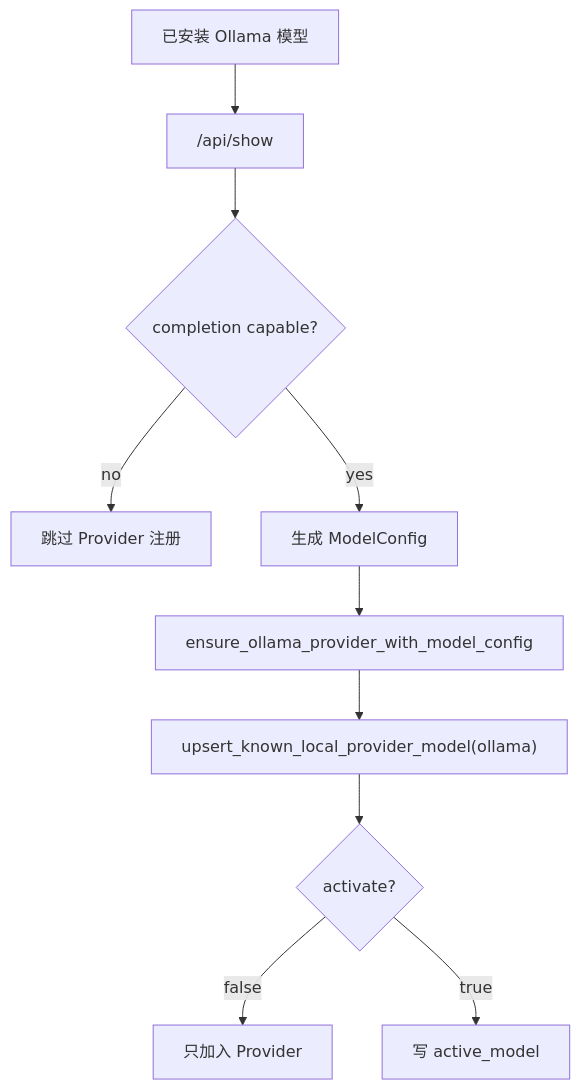
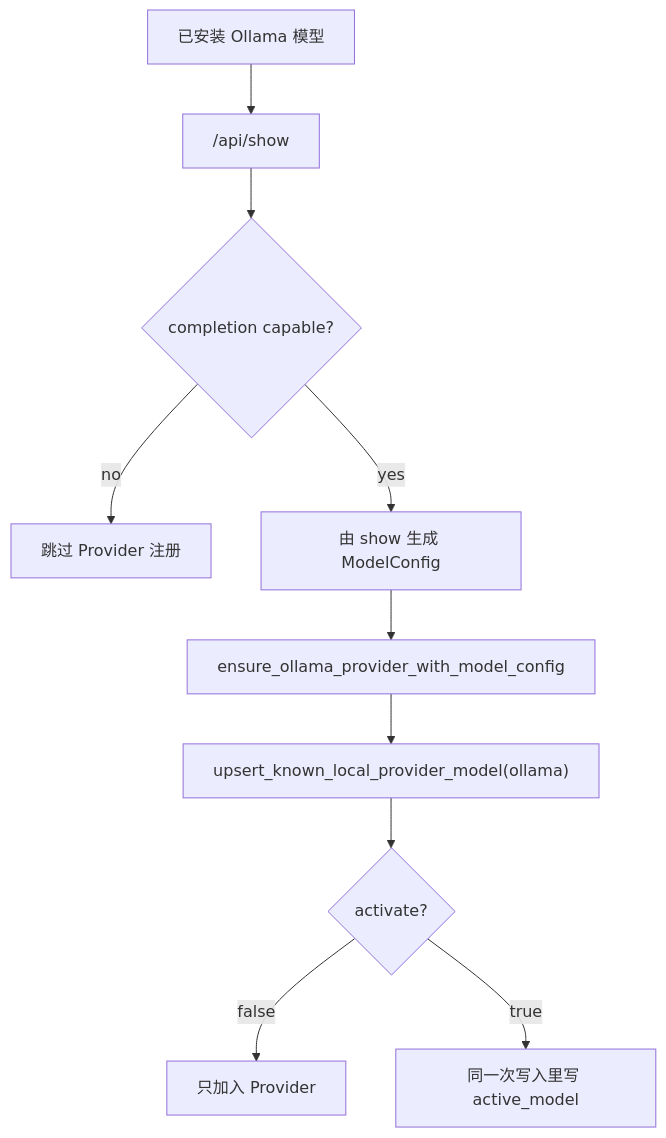
The sixth of 8 diagrams in docs/architecture/local-model-loading.md (shiwenwen/hope-agent), drawn with Mermaid before and after one commit. The commit also changed other lines of this file and 11 other files, not shown here.

First line of the commit message:
🦭docs: 第四批 12 篇按新标准重做（local-model-loading/context-compact/automation-model/artifacts/agent-config/plan-mode/hooks/goal/knowledge-base/agent-team/subagent/domain-workflow）

````diff
--- a/docs/architecture/local-model-loading.md
+++ b/docs/architecture/local-model-loading.md
@@ -242,12 +320,12 @@
 ```mermaid
 flowchart TD
   A["已安装 Ollama 模型"] --> B["/api/show"]
   B --> C{"completion capable?"}
   C -- no --> Skip["跳过 Provider 注册"]
-  C -- yes --> M["生成 ModelConfig"]
+  C -- yes --> M["由 show 生成 ModelConfig"]
   M --> P["ensure_ollama_provider_with_model_config"]
   P --> U["upsert_known_local_provider_model(ollama)"]
   U --> R{"activate?"}
   R -- false --> Add["只加入 Provider"]
-  R -- true --> Active["写 active_model"]
+  R -- true --> Active["同一次写入里写 active_model"]
 ```
````
